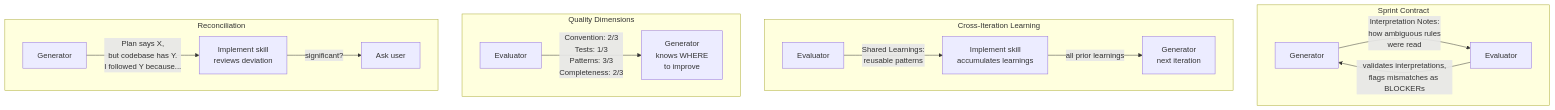
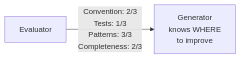
Before and after one commit to denniscalazans/denniscalazans-plugins: the fifth of 6 diagrams in plugins/forge/skills/implement/references/architecture.md, drawn with Mermaid. The commit also changed other lines of this file, not shown here.

First line of the commit message:
docs(forge): split feedback mechanisms into 4 separate Mermaid diagrams

````diff
--- a/plugins/forge/skills/implement/references/architecture.md
+++ b/plugins/forge/skills/implement/references/architecture.md
@@ -108,21 +136,4 @@
 ```mermaid
-flowchart TD
-    subgraph "Sprint Contract"
-        GEN3[Generator] -->|"Interpretation Notes:<br/>how ambiguous rules<br/>were read"| EVAL3[Evaluator]
-        EVAL3 -->|"validates interpretations,<br/>flags mismatches as BLOCKERs"| GEN3
-    end
-
-    subgraph "Cross-Iteration Learning"
-        EVAL4[Evaluator] -->|"Shared Learnings:<br/>reusable patterns"| ACCUM[Implement skill<br/>accumulates learnings]
-        ACCUM -->|"all prior learnings"| GEN4[Generator<br/>next iteration]
-    end
-
-    subgraph "Quality Dimensions"
-        EVAL5[Evaluator] -->|"Convention: 2/3<br/>Tests: 1/3<br/>Patterns: 3/3<br/>Completeness: 2/3"| GEN5[Generator<br/>knows WHERE<br/>to improve]
-    end
-
-    subgraph "Reconciliation"
-        GEN6[Generator] -->|"Plan says X,<br/>but codebase has Y.<br/>I followed Y because..."| IMPL[Implement skill<br/>reviews deviation]
-        IMPL -->|significant?| USER2[Ask user]
-    end
+flowchart LR
+    EVAL5[Evaluator] -->|"Convention: 2/3<br/>Tests: 1/3<br/>Patterns: 3/3<br/>Completeness: 2/3"| GEN5[Generator<br/>knows WHERE<br/>to improve]
 ```
````
